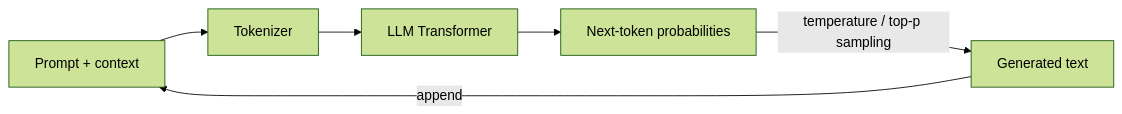
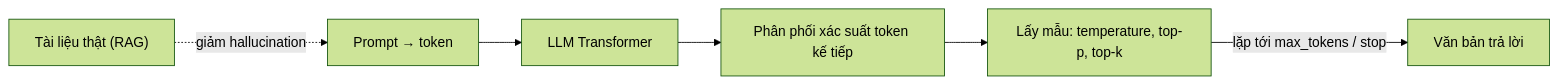
Before and after one commit to passion-Infinity/personal-tech-playbook: the diagram in src/assets/knowledge/playbooks/ai-ml/generative-ai-llm-concepts.md, drawn with Mermaid (forest theme). The commit also changed other lines of this file and 4 other files, not shown here.

````diff
--- a/src/assets/knowledge/playbooks/ai-ml/generative-ai-llm-concepts.md
+++ b/src/assets/knowledge/playbooks/ai-ml/generative-ai-llm-concepts.md
@@ -20,8 +42,8 @@
 ```mermaid
 flowchart LR
-    P[Prompt + context] --> TK[Tokenizer]
-    TK --> M[LLM Transformer]
-    M --> NT[Next-token probabilities]
-    NT -->|"temperature / top-p sampling"| OUT[Generated text]
-    OUT -->|append| P
+    P["Prompt → token"] --> M["LLM Transformer"]
+    M --> D["Phân phối xác suất token kế tiếp"]
+    D --> S["Lấy mẫu: temperature, top-p, top-k"]
+    S -->|"lặp tới max_tokens / stop"| O["Văn bản trả lời"]
+    DOC["Tài liệu thật (RAG)"] -.->|"giảm hallucination"| P
 ```
````
